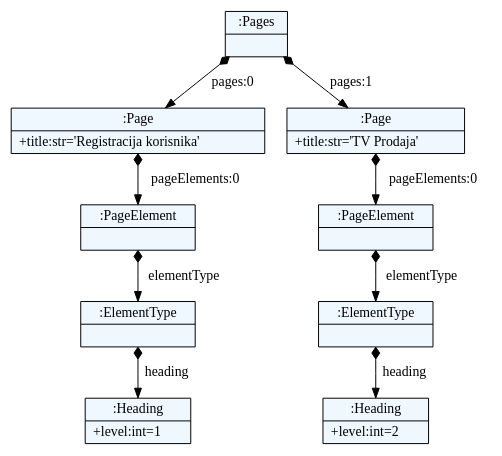
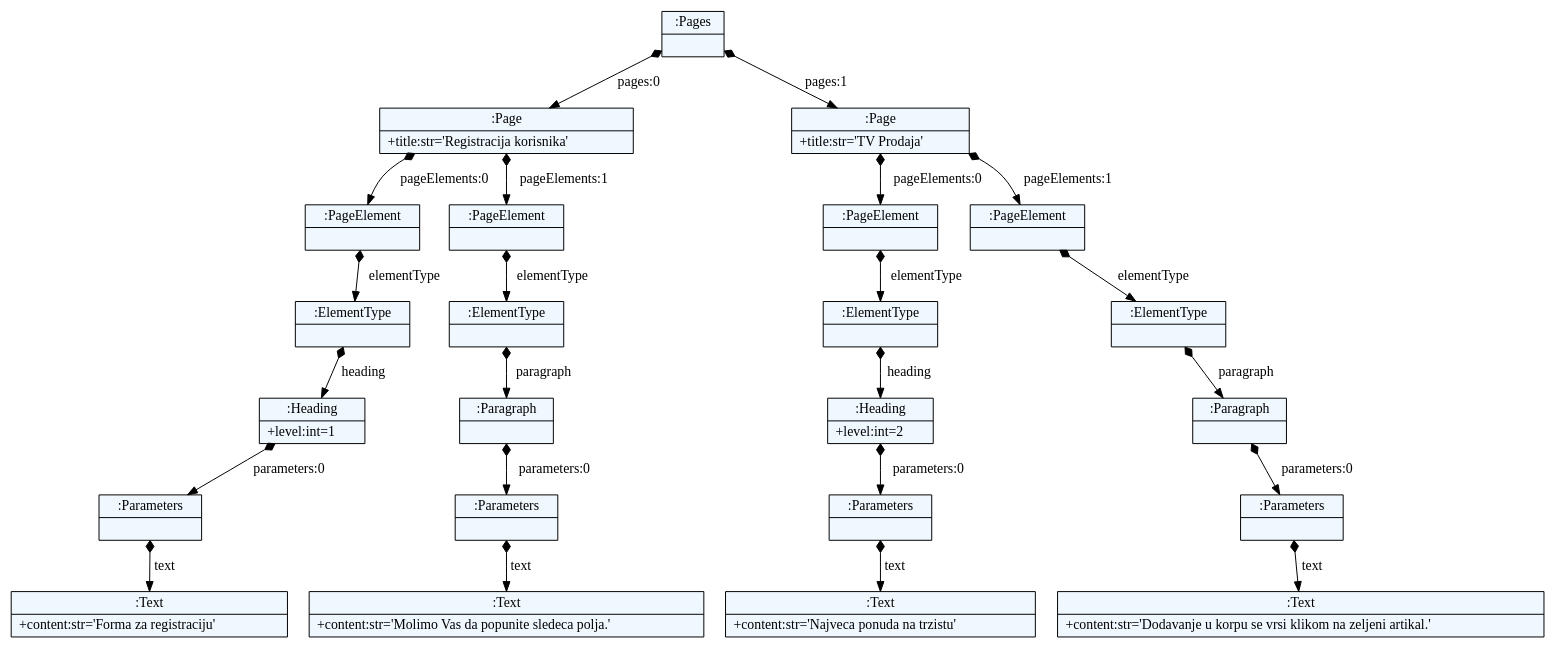
One commit to jovana992/jsd2017 changed the diagram in JSD/test.dot. Above: the diagram before and after it, drawn with Graphviz. The commit also changed 4 other files, not shown here.

Commit message:
Added rules for heading and paragraph text.

```diff
--- a/JSD/test.dot
+++ b/JSD/test.dot
@@ -1,32 +1,60 @@
 
     digraph xtext {
     fontname = "Bitstream Vera Sans"
     fontsize = 8
     node[
         shape=record,
         style=filled,
         fillcolor=aliceblue
     ]
     nodesep = 0.3
     edge[dir=black,arrowtail=empty]
 
 
-2312163637456 -> 2312172169480 [label="pages:0" arrowtail=diamond dir=both]
-2312172169480 -> 2312172169592 [label="pageElements:0" arrowtail=diamond dir=both]
-2312172169592 -> 2312172169928 [label="elementType" arrowtail=diamond dir=both]
-2312172169928 -> 2312172170096 [label="heading" arrowtail=diamond dir=both]
-2312172170096[label="{:Heading|+level:int=1\l}"]
-2312172169928[label="{:ElementType|}"]
-2312172169592[label="{:PageElement|}"]
-2312172169480[label="{:Page|+title:str='Registracija korisnika'\l}"]
-2312163637456 -> 2312172169536 [label="pages:1" arrowtail=diamond dir=both]
-2312172169536 -> 2312172169872 [label="pageElements:0" arrowtail=diamond dir=both]
-2312172169872 -> 2312172170152 [label="elementType" arrowtail=diamond dir=both]
-2312172170152 -> 2312172170264 [label="heading" arrowtail=diamond dir=both]
-2312172170264[label="{:Heading|+level:int=2\l}"]
-2312172170152[label="{:ElementType|}"]
-2312172169872[label="{:PageElement|}"]
-2312172169536[label="{:Page|+title:str='TV Prodaja'\l}"]
-2312163637456[label="{:Pages|}"]
+2120805510056 -> 2120805510448 [label="pages:0" arrowtail=diamond dir=both]
+2120805510448 -> 2120805510560 [label="pageElements:0" arrowtail=diamond dir=both]
+2120805510560 -> 2120805511064 [label="elementType" arrowtail=diamond dir=both]
+2120805511064 -> 2120805531776 [label="heading" arrowtail=diamond dir=both]
+2120805531776 -> 2120805531944 [label="parameters:0" arrowtail=diamond dir=both]
+2120805531944 -> 2120805532112 [label="text" arrowtail=diamond dir=both]
+2120805532112[label="{:Text|+content:str='Forma za registraciju'\l}"]
+2120805531944[label="{:Parameters|}"]
+2120805531776[label="{:Heading|+level:int=1\l}"]
+2120805511064[label="{:ElementType|}"]
+2120805510560[label="{:PageElement|}"]
+2120805510448 -> 2120805511008 [label="pageElements:1" arrowtail=diamond dir=both]
+2120805511008 -> 2120805531720 [label="elementType" arrowtail=diamond dir=both]
+2120805531720 -> 2120805532000 [label="paragraph" arrowtail=diamond dir=both]
+2120805532000 -> 2120805532224 [label="parameters:0" arrowtail=diamond dir=both]
+2120805532224 -> 2120805532280 [label="text" arrowtail=diamond dir=both]
+2120805532280[label="{:Text|+content:str='Molimo Vas da popunite sledeca polja.'\l}"]
+2120805532224[label="{:Parameters|}"]
+2120805532000[label="{:Paragraph|}"]
+2120805531720[label="{:ElementType|}"]
+2120805511008[label="{:PageElement|}"]
+2120805510448[label="{:Page|+title:str='Registracija korisnika'\l}"]
+2120805510056 -> 2120805510504 [label="pages:1" arrowtail=diamond dir=both]
+2120805510504 -> 2120805511120 [label="pageElements:0" arrowtail=diamond dir=both]
+2120805511120 -> 2120805531888 [label="elementType" arrowtail=diamond dir=both]
+2120805531888 -> 2120805532336 [label="heading" arrowtail=diamond dir=both]
+2120805532336 -> 2120805532560 [label="parameters:0" arrowtail=diamond dir=both]
+2120805532560 -> 2120805532672 [label="text" arrowtail=diamond dir=both]
+2120805532672[label="{:Text|+content:str='Najveca ponuda na trzistu'\l}"]
+2120805532560[label="{:Parameters|}"]
+2120805532336[label="{:Heading|+level:int=2\l}"]
+2120805531888[label="{:ElementType|}"]
+2120805511120[label="{:PageElement|}"]
+2120805510504 -> 2120805531832 [label="pageElements:1" arrowtail=diamond dir=both]
+2120805531832 -> 2120805532168 [label="elementType" arrowtail=diamond dir=both]
+2120805532168 -> 2120805532504 [label="paragraph" arrowtail=diamond dir=both]
+2120805532504 -> 2120805532896 [label="parameters:0" arrowtail=diamond dir=both]
+2120805532896 -> 2120805532952 [label="text" arrowtail=diamond dir=both]
+2120805532952[label="{:Text|+content:str='Dodavanje u korpu se vrsi klikom na zeljeni artikal.'\l}"]
+2120805532896[label="{:Parameters|}"]
+2120805532504[label="{:Paragraph|}"]
+2120805532168[label="{:ElementType|}"]
+2120805531832[label="{:PageElement|}"]
+2120805510504[label="{:Page|+title:str='TV Prodaja'\l}"]
+2120805510056[label="{:Pages|}"]
 
 }
```
